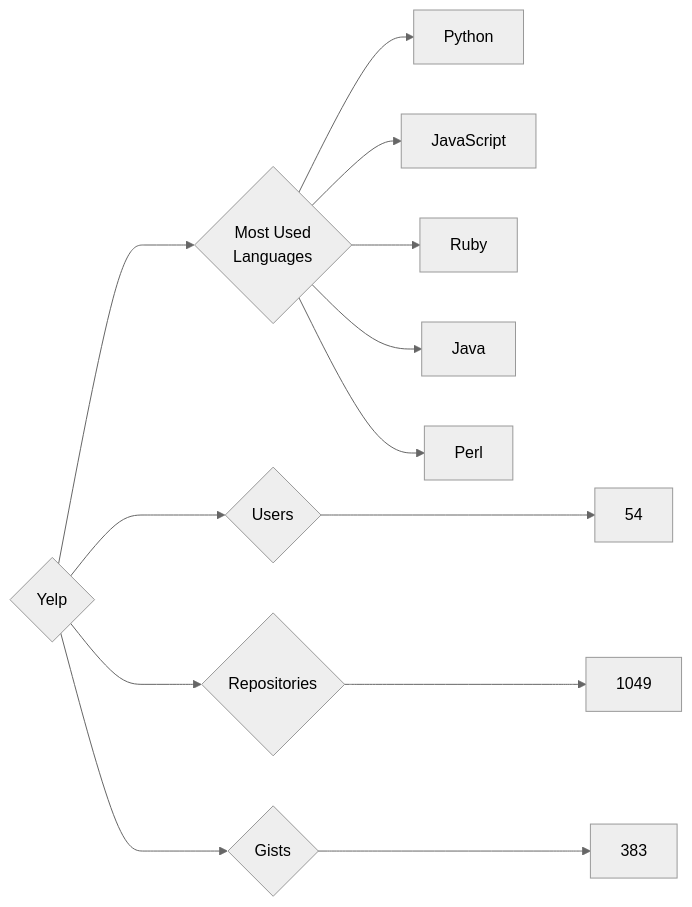
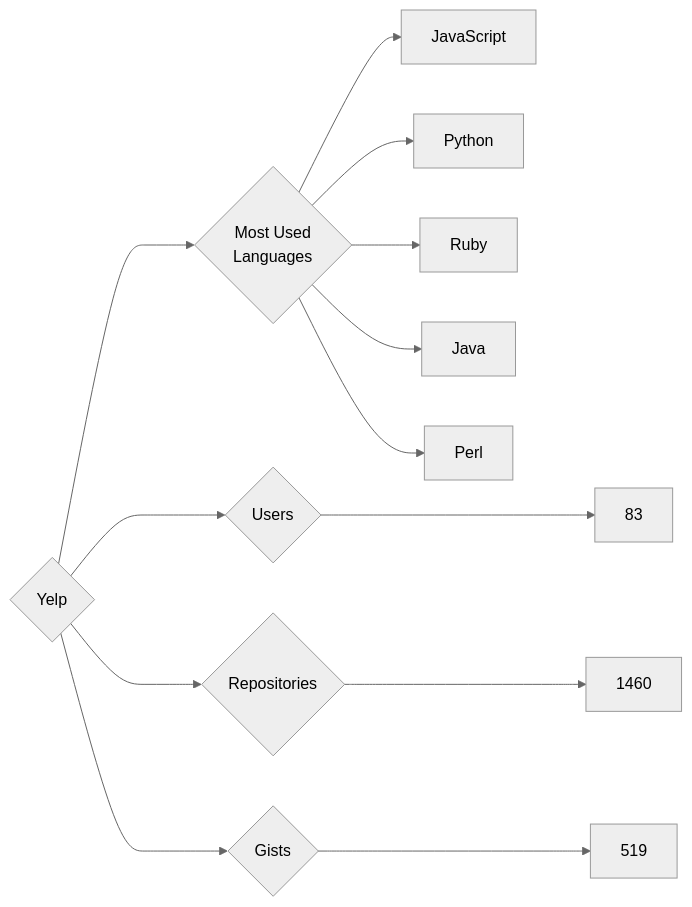
The diagram in targets/Yelp/README.md (trickest/insiders), drawn with Mermaid (neutral theme) before and after one commit. The commit also changed 677 other files, not shown here.

````diff
--- a/targets/Yelp/README.md
+++ b/targets/Yelp/README.md
@@ -3,13 +3,13 @@
 ```mermaid
 graph LR
 COMPANY_NAME{Yelp}
-COMPANY_NAME ---> U{Users} ---> UN[54]
-COMPANY_NAME ---> R{Repositories} ---> RN[1049]
-COMPANY_NAME ---> G{Gists} ---> GN[383]
+COMPANY_NAME ---> U{Users} ---> UN[83]
+COMPANY_NAME ---> R{Repositories} ---> RN[1460]
+COMPANY_NAME ---> G{Gists} ---> GN[519]
 COMPANY_NAME ---> ML{Most Used<br>Languages}
+ML --> JavaScript[JavaScript]
 ML --> Python[Python]
-ML --> JavaScript[JavaScript]
 ML --> Ruby[Ruby]
 ML --> Java[Java]
 ML --> Perl[Perl]
 ```
````
